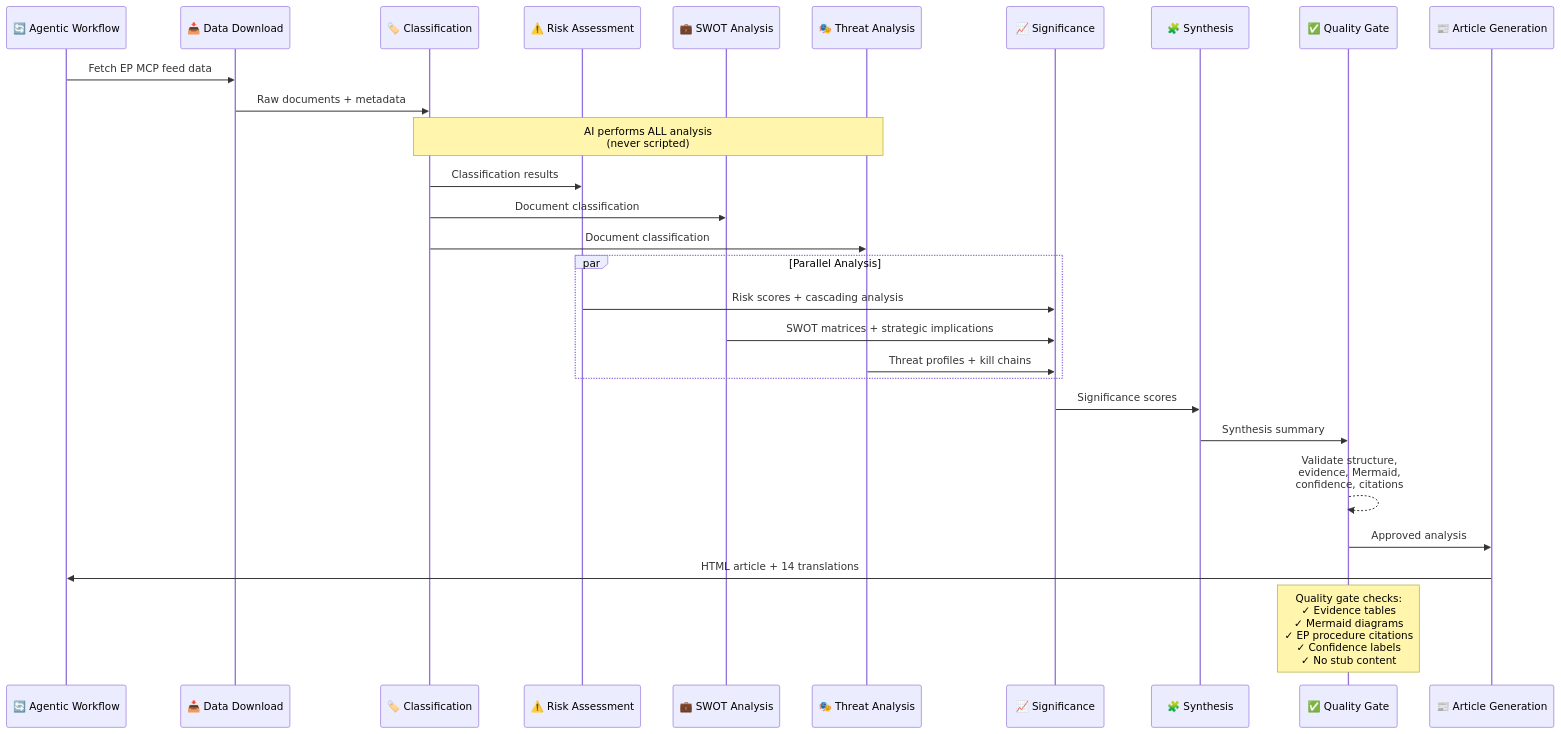
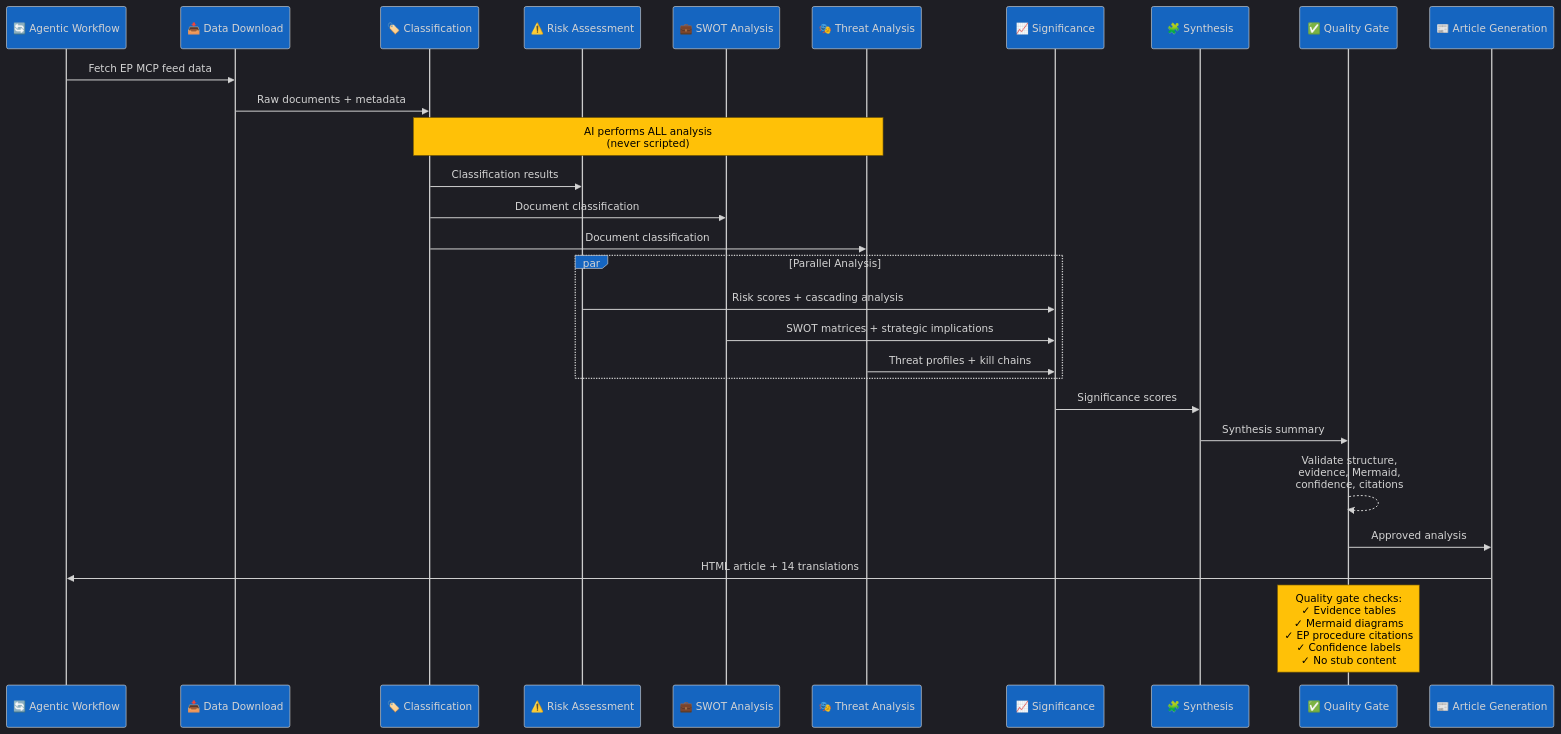
One commit to Hack23/euparliamentmonitor changed diagram 11 of 12 in docs/api/media/README-4.md. Above: the diagram before and after it, drawn with Mermaid. The commit also changed other lines of this file and 1266 other files, not shown here.

````diff
--- a/docs/api/media/README-4.md
+++ b/docs/api/media/README-4.md
@@ -640,37 +672,38 @@
 ```mermaid
+%%{init: {"theme":"dark","themeVariables":{"primaryColor":"#1565C0","primaryTextColor":"#ffffff","primaryBorderColor":"#0A3F7F","lineColor":"#90CAF9","secondaryColor":"#2E7D32","secondaryTextColor":"#ffffff","secondaryBorderColor":"#0F3F00","tertiaryColor":"#FF9800","tertiaryTextColor":"#000000","tertiaryBorderColor":"#7F4F00","mainBkg":"#1565C0","secondBkg":"#2E7D32","tertiaryBkg":"#FF9800","noteBkgColor":"#FFC107","noteTextColor":"#000000","noteBorderColor":"#7F6000","errorBkgColor":"#D32F2F","errorTextColor":"#ffffff","fontFamily":"Inter, Helvetica, Arial, sans-serif","pie1":"#1565C0","pie2":"#2E7D32","pie3":"#FF9800","pie4":"#D32F2F","pie5":"#FFC107","pie6":"#7B1FA2","pie7":"#9E9E9E","pie8":"#0288D1","pie9":"#388E3C","pie10":"#F57C00","pie11":"#C62828","pie12":"#FBC02D","pieTitleTextSize":"18px","pieSectionTextSize":"14px","pieLegendTextSize":"13px","pieStrokeColor":"#1e1e1e","pieOuterStrokeColor":"#1e1e1e","git0":"#1565C0","git1":"#2E7D32","git2":"#FF9800","git3":"#D32F2F","gitBranchLabel0":"#ffffff","gitBranchLabel1":"#ffffff","gitBranchLabel2":"#000000","gitBranchLabel3":"#ffffff","cScale0":"#1565C0","cScale1":"#2E7D32","cScale2":"#FF9800","cScale3":"#D32F2F","cScale4":"#FFC107","cScale5":"#7B1FA2","cScale6":"#9E9E9E","cScale7":"#0288D1","xyChart":{"backgroundColor":"#1e1e1e","plotColorPalette":"#1565C0,#2E7D32,#FF9800,#D32F2F,#FFC107,#7B1FA2,#9E9E9E"}}}}%%
 sequenceDiagram
     participant WF as 🔄 Agentic Workflow
     participant DL as 📥 Data Download
     participant CLASS as 🏷️ Classification
     participant RISK as ⚠️ Risk Assessment
     participant SWOT as 💼 SWOT Analysis
     participant THREAT as 🎭 Threat Analysis
     participant SIG as 📈 Significance
     participant SYNTH as 🧩 Synthesis
     participant QG as ✅ Quality Gate
     participant ART as 📰 Article Generation
 
     WF->>DL: Fetch EP MCP feed data
     DL->>CLASS: Raw documents + metadata
 
     Note over CLASS,THREAT: AI performs ALL analysis<br/>(never scripted)
 
     CLASS->>RISK: Classification results
     CLASS->>SWOT: Document classification
     CLASS->>THREAT: Document classification
 
     par Parallel Analysis
         RISK->>SIG: Risk scores + cascading analysis
         SWOT->>SIG: SWOT matrices + strategic implications
         THREAT->>SIG: Threat profiles + kill chains
     end
 
     SIG->>SYNTH: Significance scores
     SYNTH->>QG: Synthesis summary
 
     QG-->>QG: Validate structure,<br/>evidence, Mermaid,<br/>confidence, citations
     QG->>ART: Approved analysis
     ART->>WF: HTML article + 14 translations
 
     Note over QG: Quality gate checks:<br/>✓ Evidence tables<br/>✓ Mermaid diagrams<br/>✓ EP procedure citations<br/>✓ Confidence labels<br/>✓ No stub content
 ```
````
